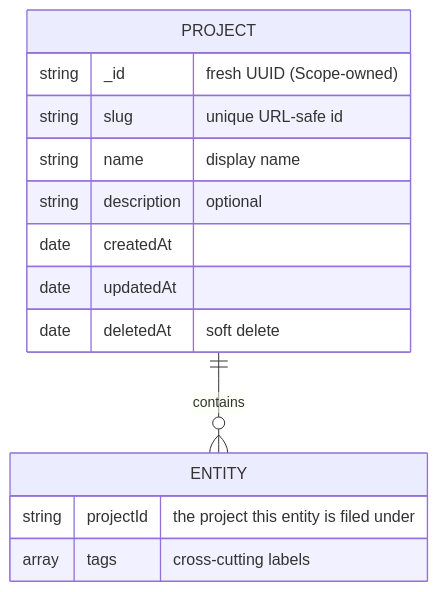
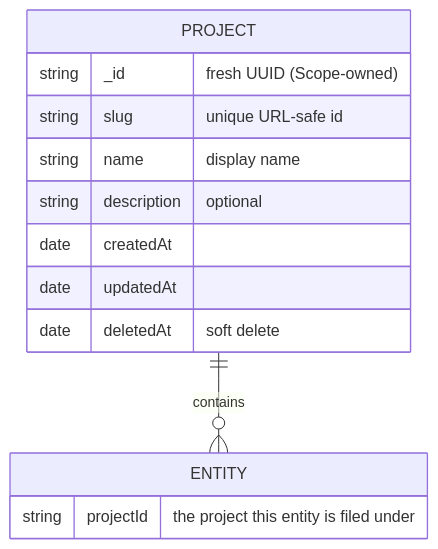
One commit to Gile987/scope changed the first of 3 diagrams in docs/architecture/data-organization.md. Above: the diagram before and after it, drawn with Mermaid. The commit also changed other lines of this file and 2 other files, not shown here.

First line of the commit message:
docs: split cross-cutting tags into companion data-tags.md

````diff
--- a/docs/architecture/data-organization.md
+++ b/docs/architecture/data-organization.md
@@ -163,18 +166,17 @@
 ```mermaid
 erDiagram
     PROJECT ||--o{ ENTITY : contains
 
     PROJECT {
         string _id "fresh UUID (Scope-owned)"
         string slug "unique URL-safe id"
         string name "display name"
         string description "optional"
         date   createdAt
         date   updatedAt
         date   deletedAt "soft delete"
     }
     ENTITY {
         string projectId "the project this entity is filed under"
-        array  tags "cross-cutting labels"
     }
 ```
````
